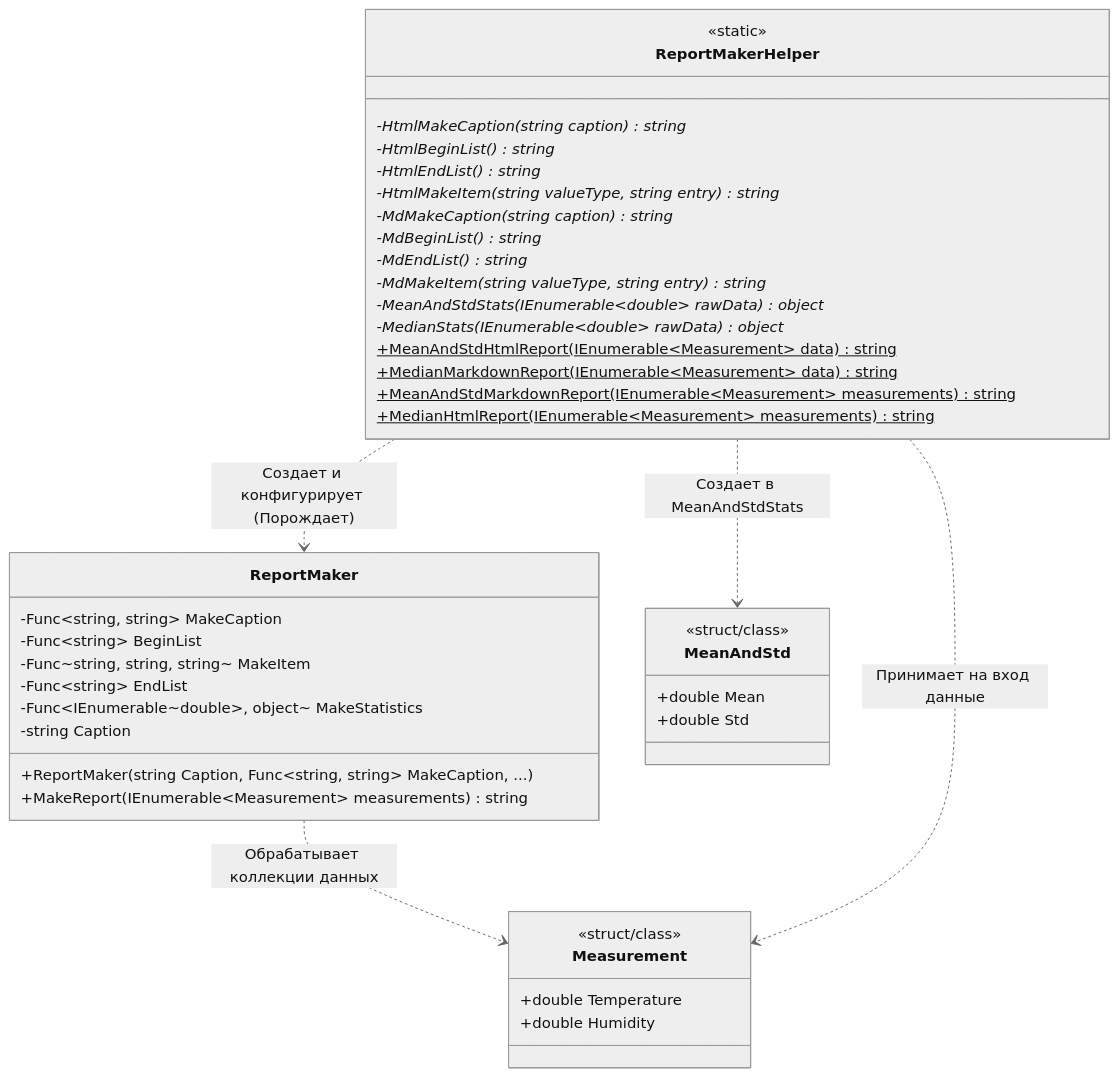
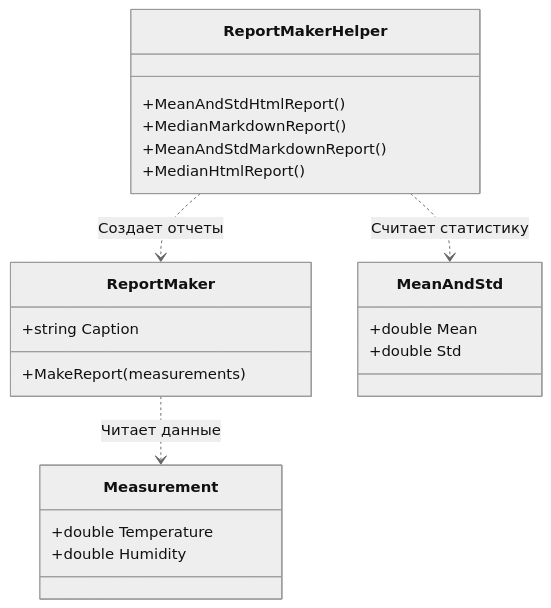
Before and after one commit to Du2Vi-lab/Ulearn-Tasks: the diagram in report_generator.md, drawn with Mermaid (neutral theme).

````diff
--- a/report_generator.md
+++ b/report_generator.md
@@ -9,52 +9,30 @@
 ```mermaid
 
 classDiagram
-    %% Классы системы
     class ReportMaker {
-        -Func~string, string~ MakeCaption
-        -Func~string~ BeginList
-        -Func~string, string, string~ MakeItem
-        -Func~string~ EndList
-        -Func~IEnumerable~double~, object~ MakeStatistics
-        -string Caption
-        +ReportMaker(string Caption, Func~string, string~ MakeCaption, ...)
-        +MakeReport(IEnumerable~Measurement~ measurements) string
+        +string Caption
+        +MakeReport(measurements)
     }
 
     class ReportMakerHelper {
-        <<static>>
-        -HtmlMakeCaption(string caption)* string
-        -HtmlBeginList()* string
-        -HtmlEndList()* string
-        -HtmlMakeItem(string valueType, string entry)* string
-        -MdMakeCaption(string caption)* string
-        -MdBeginList()* string
-        -MdEndList()* string
-        -MdMakeItem(string valueType, string entry)* string
-        -MeanAndStdStats(IEnumerable~double~ rawData)* object
-        -MedianStats(IEnumerable~double~ rawData)* object
-        +MeanAndStdHtmlReport(IEnumerable~Measurement~ data)$ string
-        +MedianMarkdownReport(IEnumerable~Measurement~ data)$ string
-        +MeanAndStdMarkdownReport(IEnumerable~Measurement~ measurements)$ string
-        +MedianHtmlReport(IEnumerable~Measurement~ measurements)$ string
+        +MeanAndStdHtmlReport()
+        +MedianMarkdownReport()
+        +MeanAndStdMarkdownReport()
+        +MedianHtmlReport()
     }
 
     class Measurement {
-        <<struct/class>>
         +double Temperature
         +double Humidity
     }
 
     class MeanAndStd {
-        <<struct/class>>
         +double Mean
         +double Std
     }
 
-    %% Отношения и зависимости
-    ReportMakerHelper ..> ReportMaker : Создает и конфигурирует (Порождает)
-    ReportMaker ..> Measurement : Обрабатывает коллекции данных
-    ReportMakerHelper ..> Measurement : Принимает на вход данные
-    ReportMakerHelper ..> MeanAndStd : Создает в MeanAndStdStats
+    ReportMakerHelper ..> ReportMaker : Создает отчеты
+    ReportMaker ..> Measurement : Читает данные
+    ReportMakerHelper ..> MeanAndStd : Считает статистику
     
 ```
````
